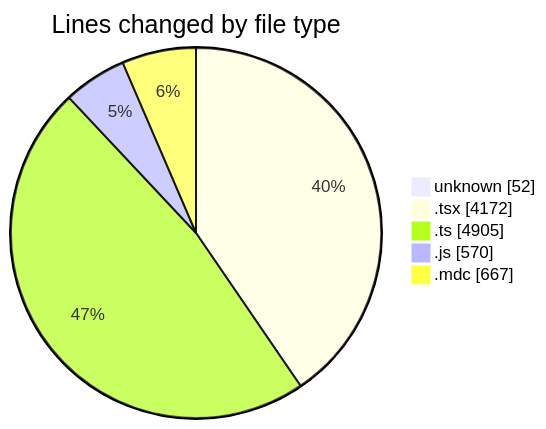
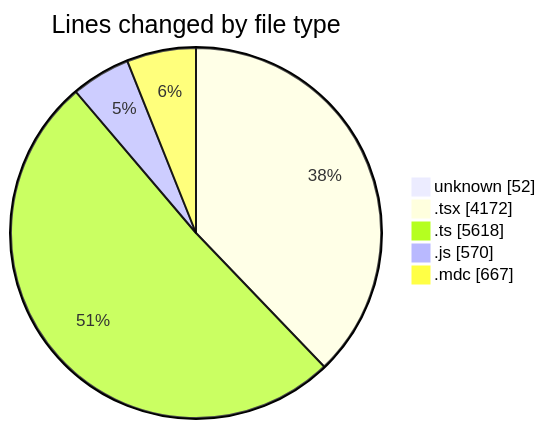
The first of 2 diagrams in 2025-06-02/ecodeli-1/README.md (CELIANVF/code-tracking), drawn with Mermaid before and after one commit. The commit also changed other lines of this file and 1 other file, not shown here.

````diff
--- a/2025-06-02/ecodeli-1/README.md
+++ b/2025-06-02/ecodeli-1/README.md
@@ -66,9 +66,9 @@
 ```mermaid
 pie showData
 title Lines changed by file type
 "unknown" : 52
 ".tsx" : 4172
-".ts" : 4905
+".ts" : 5618
 ".js" : 570
 ".mdc" : 667
 ```
````
